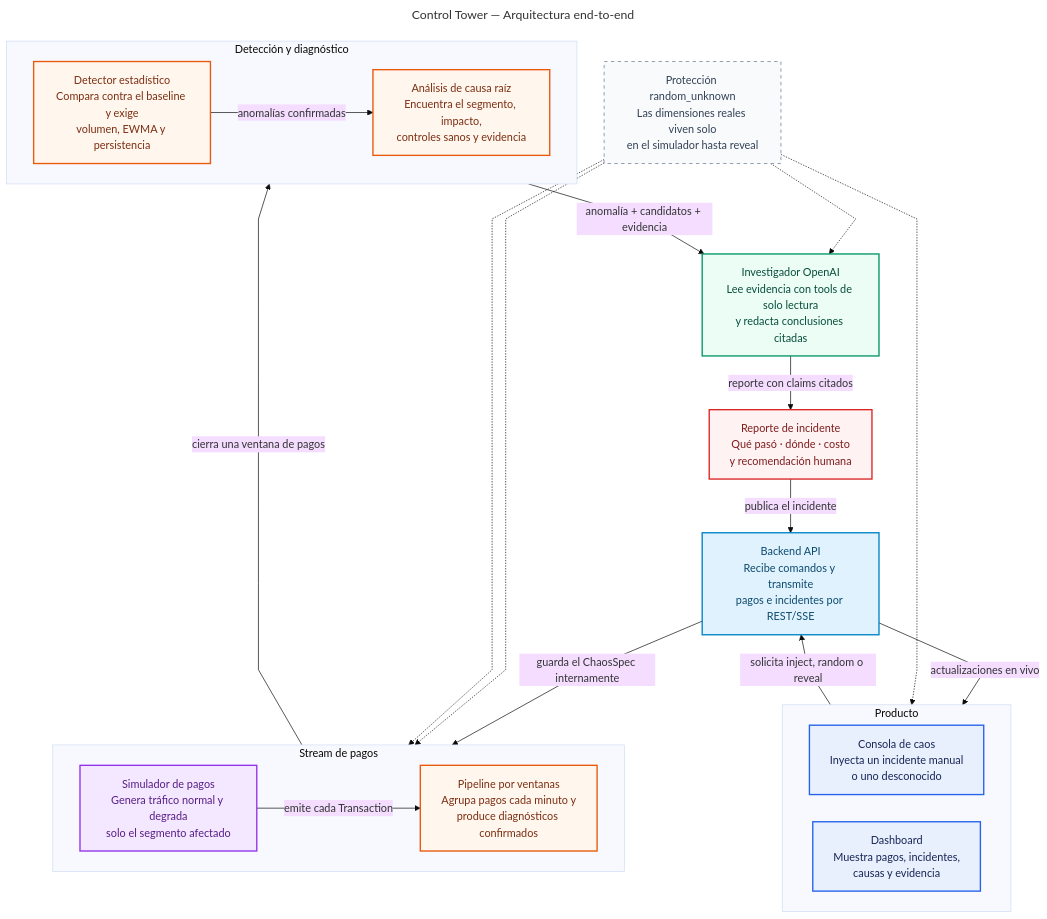
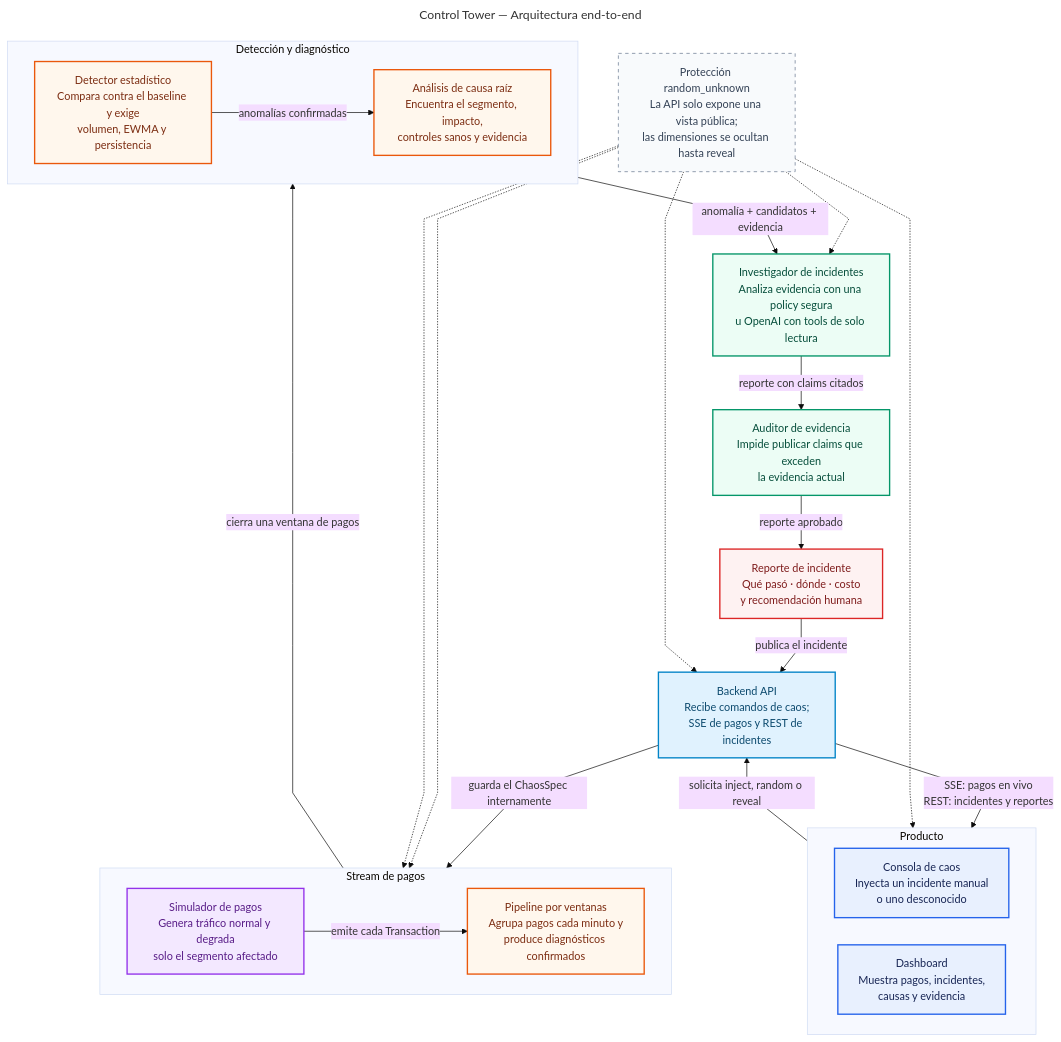
One commit to lcaminoa/NextWave_gillbates changed the diagram in docs/ARCHITECTURE.mmd. Above: the diagram before and after it, drawn with Mermaid.

Commit message:
Update flux diagram

```diff
--- a/docs/ARCHITECTURE.mmd
+++ b/docs/ARCHITECTURE.mmd
@@ -1,64 +1,67 @@
 ---
 title: Control Tower — Arquitectura end-to-end
 config:
   theme: base
   flowchart:
     curve: linear
     nodeSpacing: 40
     rankSpacing: 55
 ---
 flowchart TB
     subgraph Product["Producto"]
         direction LR
         Chaos["Consola de caos<br/>Inyecta un incidente manual<br/>o uno desconocido"]
         Dashboard["Dashboard<br/>Muestra pagos, incidentes,<br/>causas y evidencia"]
     end
 
-    API["Backend API<br/>Recibe comandos y transmite<br/>pagos e incidentes por REST/SSE"]
+    API["Backend API<br/>Recibe comandos de caos;<br/>SSE de pagos y REST de incidentes"]
 
     subgraph Stream["Stream de pagos"]
         direction LR
         Simulator["Simulador de pagos<br/>Genera tráfico normal y degrada<br/>solo el segmento afectado"]
         Pipeline["Pipeline por ventanas<br/>Agrupa pagos cada minuto y<br/>produce diagnósticos confirmados"]
     end
 
     subgraph Diagnosis["Detección y diagnóstico"]
         direction LR
         Detection["Detector estadístico<br/>Compara contra el baseline y exige<br/>volumen, EWMA y persistencia"]
         RCA["Análisis de causa raíz<br/>Encuentra el segmento, impacto,<br/>controles sanos y evidencia"]
     end
 
-    Investigator["Investigador OpenAI<br/>Lee evidencia con tools de solo lectura<br/>y redacta conclusiones citadas"]
+    Investigator["Investigador de incidentes<br/>Analiza evidencia con una policy segura<br/>u OpenAI con tools de solo lectura"]
+    Auditor["Auditor de evidencia<br/>Impide publicar claims que exceden<br/>la evidencia actual"]
     Report["Reporte de incidente<br/>Qué pasó · dónde · costo<br/>y recomendación humana"]
 
     Chaos -->|"solicita inject, random o reveal"| API
     API -->|"guarda el ChaosSpec internamente"| Simulator
     Simulator -->|"emite cada Transaction"| Pipeline
     Pipeline -->|"cierra una ventana de pagos"| Detection
     Detection -->|"anomalías confirmadas"| RCA
     RCA -->|"anomalía + candidatos + evidencia"| Investigator
-    Investigator -->|"reporte con claims citados"| Report
+    Investigator -->|"reporte con claims citados"| Auditor
+    Auditor -->|"reporte aprobado"| Report
     Report -->|"publica el incidente"| API
-    API -->|"actualizaciones en vivo"| Dashboard
+    API -->|"SSE: pagos en vivo<br/>REST: incidentes y reportes"| Dashboard
 
-    Secret["Protección random_unknown<br/>Las dimensiones reales viven solo<br/>en el simulador hasta reveal"]
+    Secret["Protección random_unknown<br/>La API solo expone una vista pública;<br/>las dimensiones se ocultan hasta reveal"]
     Secret -.-> Chaos
+    Secret -.-> API
     Secret -.-> Simulator
     Secret -.-> Pipeline
     Secret -.-> Investigator
 
     classDef product fill:#E8F0FE,stroke:#2563EB,color:#172554,stroke-width:2px;
     classDef backend fill:#E0F2FE,stroke:#0284C7,color:#0C4A6E,stroke-width:2px;
     classDef simulation fill:#F3E8FF,stroke:#9333EA,color:#581C87,stroke-width:2px;
     classDef detection fill:#FFF7ED,stroke:#EA580C,color:#7C2D12,stroke-width:2px;
     classDef investigator fill:#ECFDF5,stroke:#059669,color:#064E3B,stroke-width:2px;
     classDef report fill:#FEF2F2,stroke:#DC2626,color:#7F1D1D,stroke-width:2px;
     classDef note fill:#F8FAFC,stroke:#64748B,color:#334155,stroke-dasharray: 5 5;
 
     class Chaos,Dashboard product;
     class API backend;
     class Simulator simulation;
     class Pipeline,Detection,RCA detection;
-    class Investigator investigator;
+    class Investigator,Auditor investigator;
     class Report report;
     class Secret note;
```
